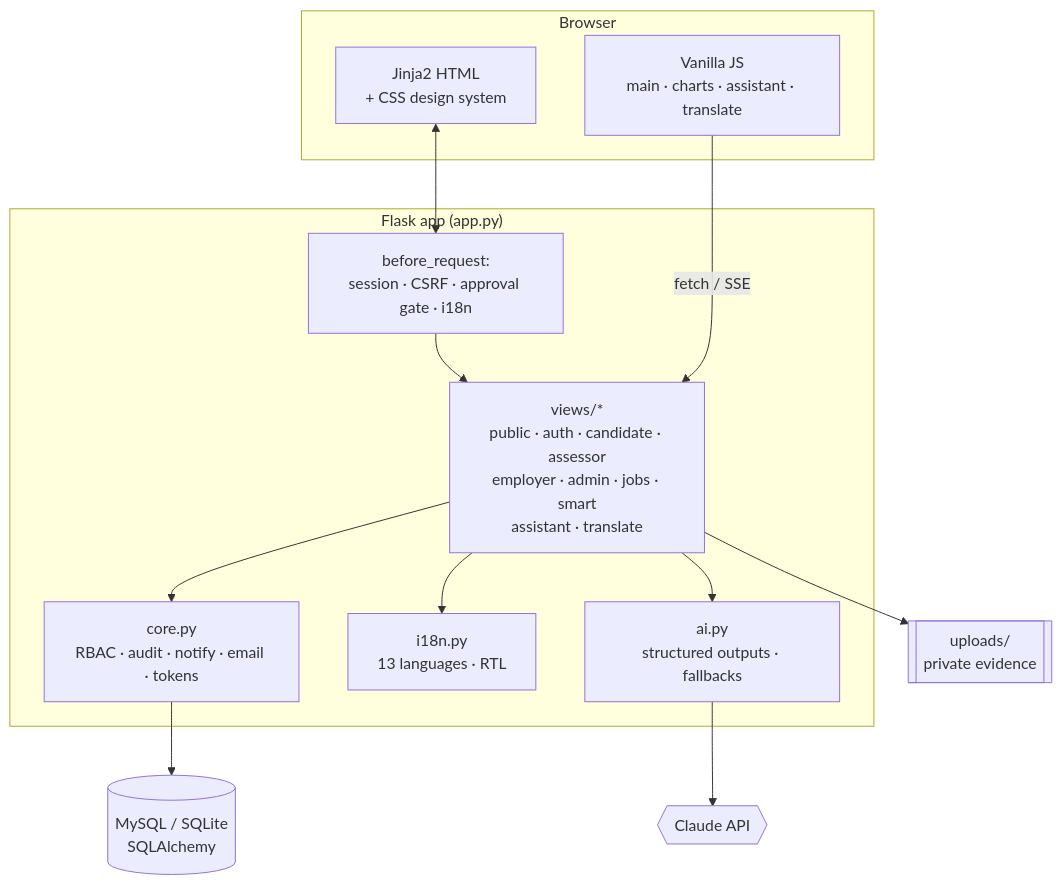
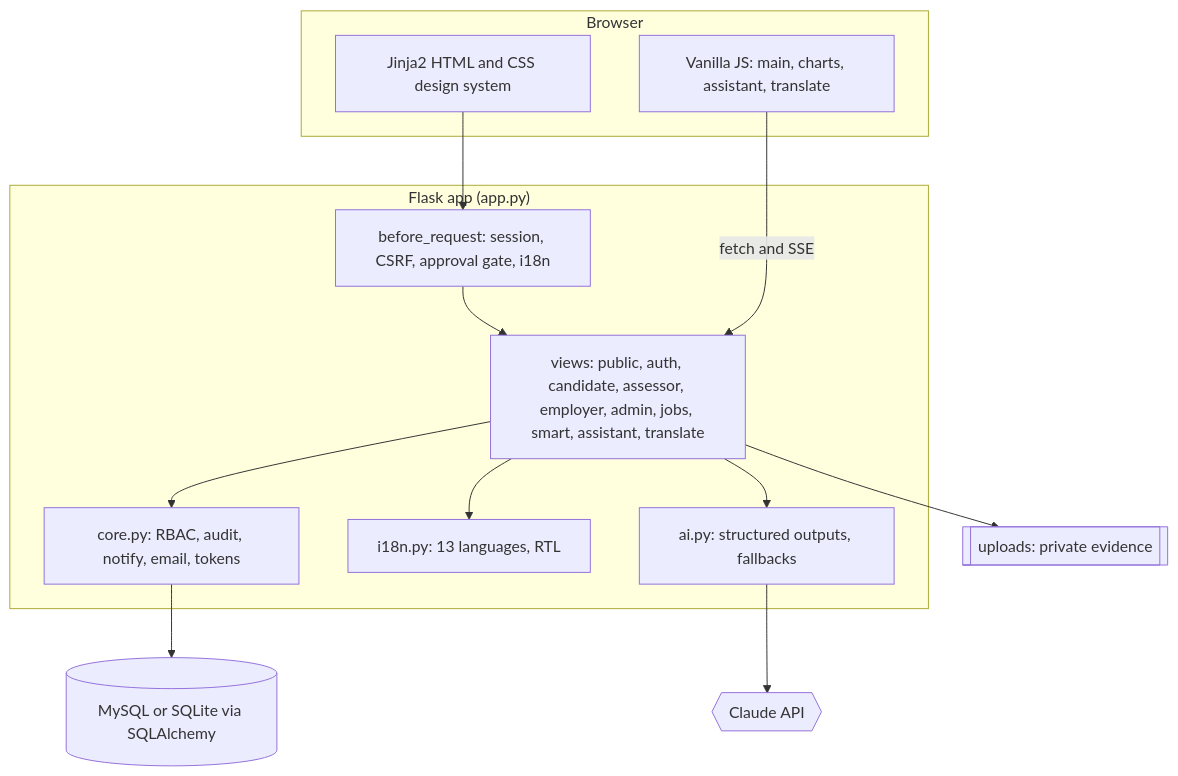
One commit to cjaihub/skillproof changed the second of 2 diagrams in README.md. Above: the diagram before and after it, drawn with Mermaid. The commit also changed other lines of this file and 21 other files, not shown here.

````diff
--- a/README.md
+++ b/README.md
@@ -109,24 +161,27 @@
 ```mermaid
 flowchart TB
-    subgraph Browser
-        T[Jinja2 HTML<br/>+ CSS design system]
-        JS[Vanilla JS<br/>main · charts · assistant · translate]
+    subgraph Browser["Browser"]
+        T["Jinja2 HTML and CSS design system"]
+        JS["Vanilla JS: main, charts, assistant, translate"]
     end
     subgraph Flask["Flask app (app.py)"]
-        MW[before_request:<br/>session · CSRF · approval gate · i18n]
-        V[views/*<br/>public · auth · candidate · assessor<br/>employer · admin · jobs · smart<br/>assistant · translate]
-        C[core.py<br/>RBAC · audit · notify · email · tokens]
-        I[i18n.py<br/>13 languages · RTL]
-        AI[ai.py<br/>structured outputs · fallbacks]
+        MW["before_request: session, CSRF, approval gate, i18n"]
+        V["views: public, auth, candidate, assessor, employer, admin, jobs, smart, assistant, translate"]
+        C["core.py: RBAC, audit, notify, email, tokens"]
+        I["i18n.py: 13 languages, RTL"]
+        AI["ai.py: structured outputs, fallbacks"]
     end
-    DB[(MySQL / SQLite<br/>SQLAlchemy)]
-    FS[[uploads/<br/>private evidence]]
-    CL{{Claude API}}
+    DB[("MySQL or SQLite via SQLAlchemy")]
+    FS[["uploads: private evidence"]]
+    CL{{"Claude API"}}
 
-    T <--> MW --> V
-    JS -- fetch / SSE --> V
-    V --> C --> DB
+    T --> MW
+    MW --> V
+    JS -- "fetch and SSE" --> V
+    V --> C
+    C --> DB
     V --> I
-    V --> AI --> CL
+    V --> AI
+    AI --> CL
     V --> FS
 ```
````
